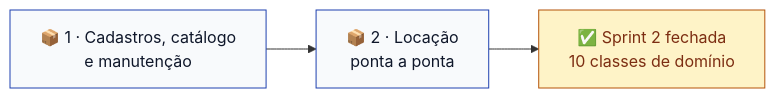
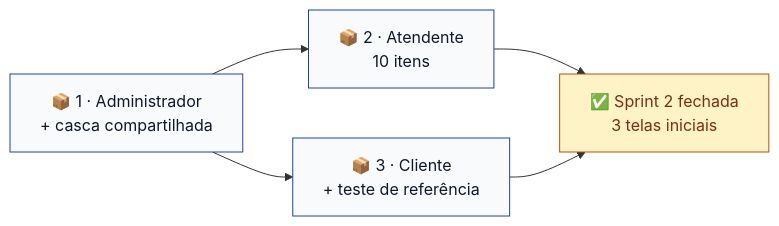
One commit to kassiods/ToolRent changed the diagram in docs/sprints/sprint-2.md. Above: the diagram before and after it, drawn with Mermaid. The commit also changed other lines of this file and 2 other files, not shown here.

First line of the commit message:
docs: redefine a Sprint 2 em tres pacotes e move o dominio para a 3

````diff
--- a/docs/sprints/sprint-2.md
+++ b/docs/sprints/sprint-2.md
@@ -130,10 +151,12 @@
 ```mermaid
 flowchart LR
-    P1["📦 1 · Cadastros, catálogo<br/>e manutenção"] --> P2["📦 2 · Locação<br/>ponta a ponta"]
-    P2 --> FIM["✅ Sprint 2 fechada<br/>10 classes de domínio"]
+    P1["📦 1 · Administrador<br/>+ casca compartilhada"] --> P2["📦 2 · Atendente<br/>10 itens"]
+    P1 --> P3["📦 3 · Cliente<br/>+ teste de referência"]
+    P2 --> FIM["✅ Sprint 2 fechada<br/>3 telas iniciais"]
+    P3 --> FIM
 
     classDef pacote fill:#F8FAFC,stroke:#1E40AF,color:#0F172A
     classDef final fill:#FEF3C7,stroke:#B45309,color:#7C2D12
-    class P1,P2 pacote
+    class P1,P2,P3 pacote
     class FIM final
 ```
````
